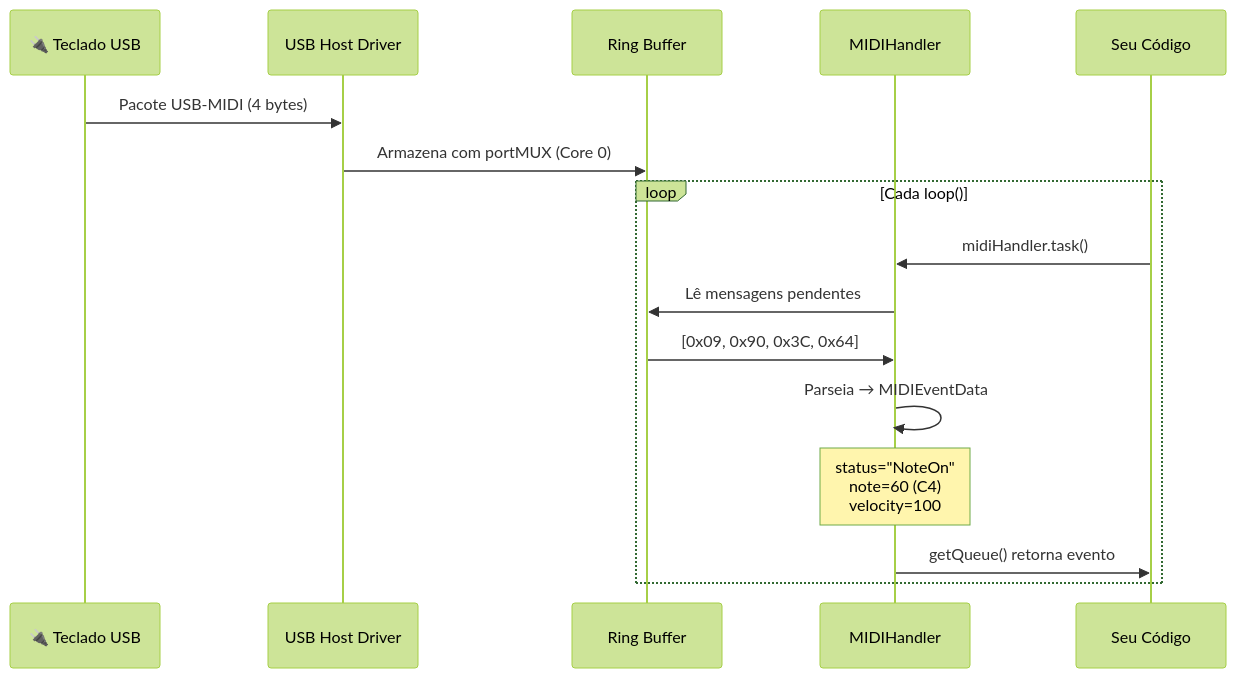
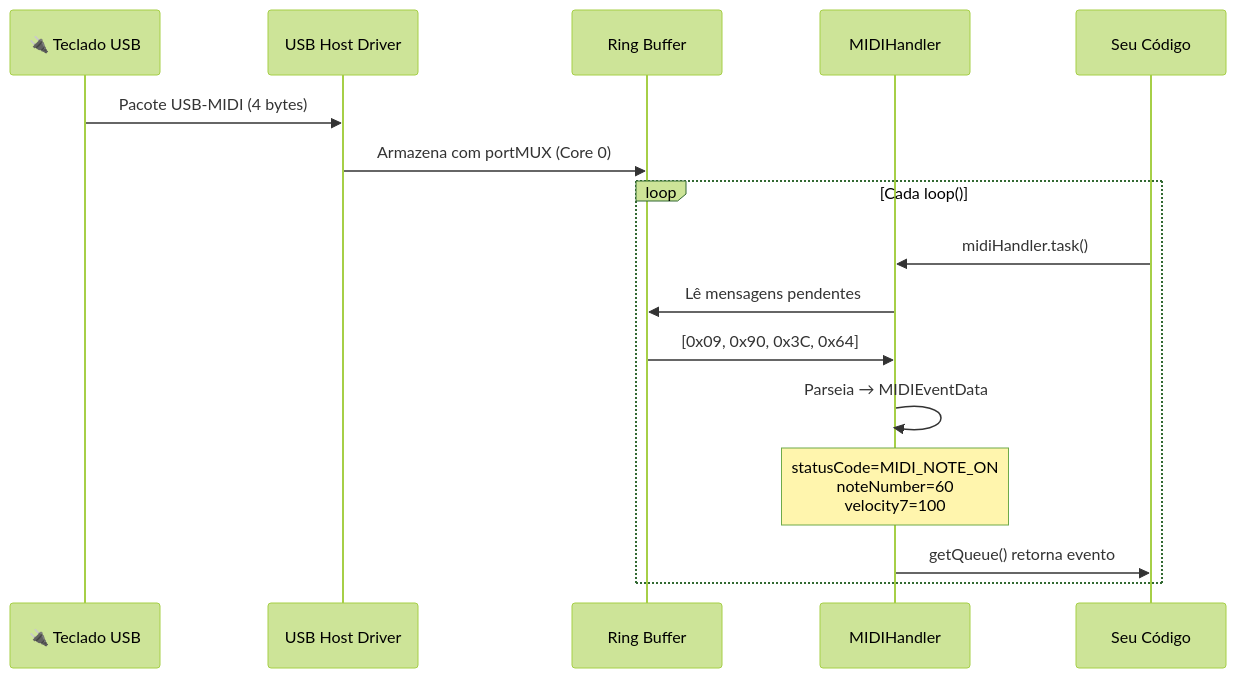
Before and after one commit to sauloverissimo/ESP32_Host_MIDI: the third of 3 diagrams in docs/guia/introducao.md, drawn with Mermaid (forest theme). The commit also changed other lines of this file and 22 other files, not shown here.

````diff
--- a/docs/guia/introducao.md
+++ b/docs/guia/introducao.md
@@ -110,19 +117,19 @@
 ```mermaid
 sequenceDiagram
     participant USB as 🔌 Teclado USB
     participant DRIVER as USB Host Driver
     participant BUF as Ring Buffer
     participant HANDLER as MIDIHandler
     participant USER as Seu Código
 
     USB->>DRIVER: Pacote USB-MIDI (4 bytes)
     DRIVER->>BUF: Armazena com portMUX (Core 0)
     loop Cada loop()
         USER->>HANDLER: midiHandler.task()
         HANDLER->>BUF: Lê mensagens pendentes
         BUF->>HANDLER: [0x09, 0x90, 0x3C, 0x64]
         HANDLER->>HANDLER: Parseia → MIDIEventData
-        Note over HANDLER: status="NoteOn"<br/>note=60 (C4)<br/>velocity=100
+        Note over HANDLER: statusCode=MIDI_NOTE_ON<br/>noteNumber=60<br/>velocity7=100
         HANDLER->>USER: getQueue() retorna evento
     end
 ```
````
